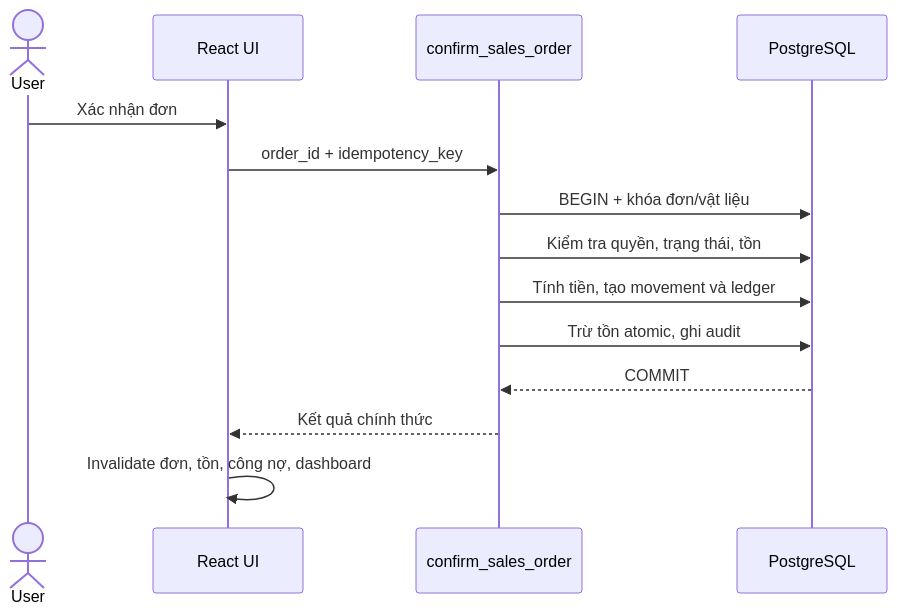
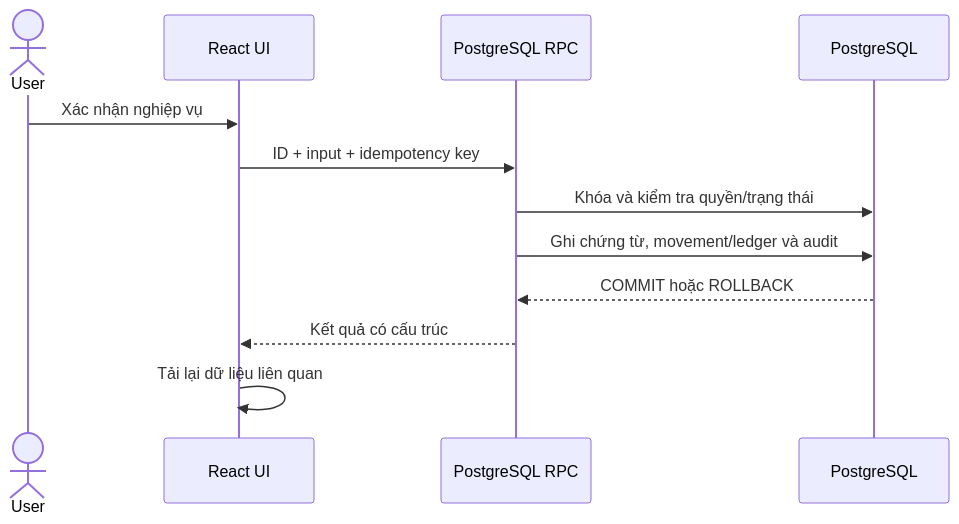
The fifth of 6 diagrams in docs/ARCHITECTURE.md (phong-dokhoahai/nam-phong-store), drawn with Mermaid before and after one commit. The commit also changed other lines of this file and 23 other files, not shown here.

````diff
--- a/docs/ARCHITECTURE.md
+++ b/docs/ARCHITECTURE.md
@@ -414,16 +188,14 @@
 ```mermaid
 sequenceDiagram
     actor User
     participant UI as React UI
-    participant RPC as confirm_sales_order
+    participant RPC as PostgreSQL RPC
     participant DB as PostgreSQL
-    User->>UI: Xác nhận đơn
-    UI->>RPC: order_id + idempotency_key
-    RPC->>DB: BEGIN + khóa đơn/vật liệu
-    RPC->>DB: Kiểm tra quyền, trạng thái, tồn
-    RPC->>DB: Tính tiền, tạo movement và ledger
-    RPC->>DB: Trừ tồn atomic, ghi audit
-    DB-->>RPC: COMMIT
-    RPC-->>UI: Kết quả chính thức
-    UI->>UI: Invalidate đơn, tồn, công nợ, dashboard
+    User->>UI: Xác nhận nghiệp vụ
+    UI->>RPC: ID + input + idempotency key
+    RPC->>DB: Khóa và kiểm tra quyền/trạng thái
+    RPC->>DB: Ghi chứng từ, movement/ledger và audit
+    DB-->>RPC: COMMIT hoặc ROLLBACK
+    RPC-->>UI: Kết quả có cấu trúc
+    UI->>UI: Tải lại dữ liệu liên quan
 ```
````
